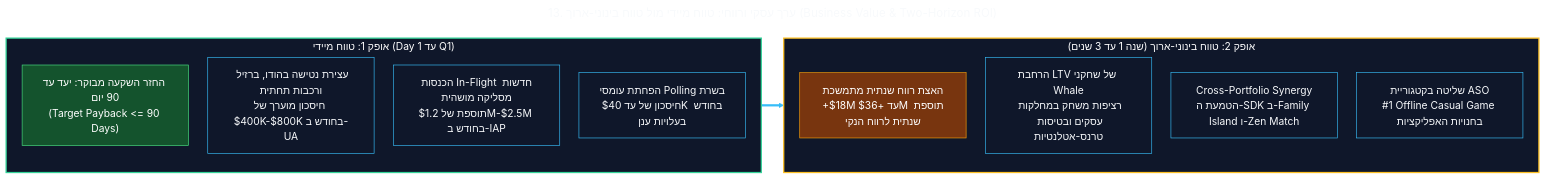
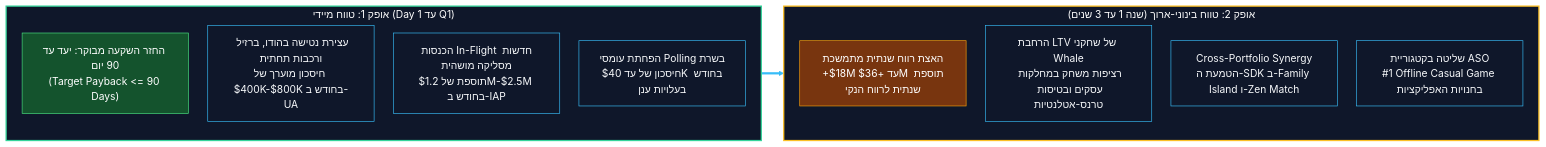
One commit to Yuvalalex/MOON-ACTIVE-MUNI-SPINE changed the diagram in prd_final_v5_CEO_chapters/13 - ערך עסקי ורווחי - טווח מיידי מול טווח בינוני-ארוך (Business Value & Two-Horizon ROI).md. Above: the diagram before and after it, drawn with Mermaid. The commit also changed 16 other files, not shown here.

Commit message:
docs: fix mermaid blocks in PRD docs

````diff
--- a/prd_final_v5_CEO_chapters/13 - ערך עסקי ורווחי - טווח מיידי מול טווח בינוני-ארוך (Business Value & Two-Horizon ROI).md
+++ b/prd_final_v5_CEO_chapters/13 - ערך עסקי ורווחי - טווח מיידי מול טווח בינוני-ארוך (Business Value & Two-Horizon ROI).md
@@ -16,48 +16,45 @@
 ```mermaid
----
-title: "13. ערך עסקי ורווחי: טווח מיידי מול טווח בינוני-ארוך (Business Value & Two-Horizon ROI)"
----
 %%{init: {
   "theme": "base",
   "themeVariables": {
     "fontFamily": "Segoe UI, Assistant, sans-serif",
     "fontSize": "16px",
     "primaryColor": "#0f172a",
     "primaryTextColor": "#f8fafc",
     "primaryBorderColor": "#38bdf8",
     "lineColor": "#38bdf8",
     "secondaryColor": "#1e293b",
     "tertiaryColor": "#1e293b",
     "edgeLabelBackground": "#0f172a",
     "nodeBorder": "#38bdf8",
     "clusterBkg": "#0b1120",
     "clusterBorder": "#38bdf8"
   },
   "flowchart": { "curve": "basis", "nodeSpacing": 30, "rankSpacing": 35, "padding": 15 },
   "sequence": { "actorMargin": 30, "messageMargin": 30 },
   "state": { "nodeSpacing": 30, "rankSpacing": 35, "titleTopMargin": 15 }
 }}%%
 graph LR
     subgraph Horizon1["אופק 1: טווח מיידי (Day 1 עד Q1)"]
         direction TB
         H1_1["החזר השקעה מבוקר: יעד עד 90 יום<br/>(Target Payback <= 90 Days)"]
         H1_2["עצירת נטישה בהודו, ברזיל ורכבות תחתית<br/>חיסכון מוערך של $400K-$800K בחודש ב-UA"]
         H1_3["הכנסות In-Flight חדשות מסליקה מושהית<br/>תוספת של $1.2M-$2.5M בחודש ב-IAP"]
         H1_4["הפחתת עומסי Polling בשרת<br/>חיסכון של עד $40K בחודש בעלויות ענן"]
     end
 
     subgraph Horizon2["אופק 2: טווח בינוני-ארוך (שנה 1 עד 3 שנים)"]
         direction TB
         H2_1["האצת רווח שנתית מתמשכת<br/>+$18M עד +$36M תוספת שנתית לרווח הנקי"]
         H2_2["הרחבת LTV של שחקני Whale<br/>רציפות משחק במחלקות עסקים ובטיסות טרנס-אטלנטיות"]
         H2_3["Cross-Portfolio Synergy<br/>הטמעת ה-SDK ב-Family Island ו-Zen Match"]
         H2_4["שליטה בקטגוריית ASO<br/>#1 Offline Casual Game בחנויות האפליקציות"]
     end
 
     Horizon1 ==> Horizon2
 
     style Horizon1 fill:#0f172a,stroke:#34d399,stroke-width:2px,color:#fff
     style Horizon2 fill:#0f172a,stroke:#fbbf24,stroke-width:2px,color:#fff
     style H1_1 fill:#14532d,stroke:#4ade80,stroke-width:1px,color:#fff
     style H2_1 fill:#78350f,stroke:#f59e0b,stroke-width:1px,color:#fff
 ```
````
